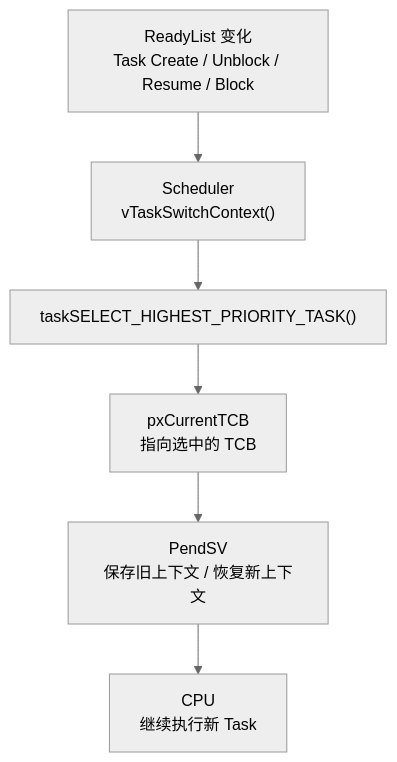
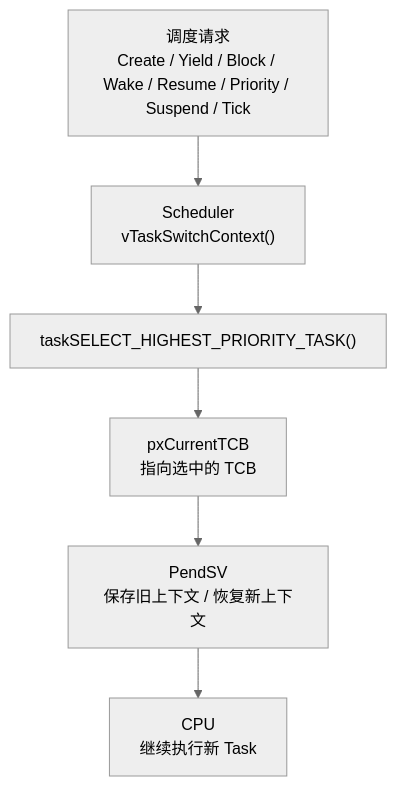
One commit to redamacy/embedded-system-notes changed the ninth of 9 diagrams in RTOS/003_FreeRTOS_Scheduler_ReadyList_Deep_Dive.md. Above: the diagram before and after it, drawn with Mermaid (neutral theme). The commit also changed other lines of this file, not shown here.

Commit message:
docs: expand scheduler request triggers

````diff
--- a/RTOS/003_FreeRTOS_Scheduler_ReadyList_Deep_Dive.md
+++ b/RTOS/003_FreeRTOS_Scheduler_ReadyList_Deep_Dive.md
@@ -1044,8 +1588,8 @@
 ```mermaid
 flowchart TD
-    A["ReadyList 变化<br/>Task Create / Unblock / Resume / Block"] --> B["Scheduler<br/>vTaskSwitchContext()"]
+    A["调度请求<br/>Create / Yield / Block / Wake / Resume / Priority / Suspend / Tick"] --> B["Scheduler<br/>vTaskSwitchContext()"]
     B --> C["taskSELECT_HIGHEST_PRIORITY_TASK()"]
     C --> D["pxCurrentTCB<br/>指向选中的 TCB"]
     D --> E["PendSV<br/>保存旧上下文 / 恢复新上下文"]
     E --> F["CPU<br/>继续执行新 Task"]
 ```
````
